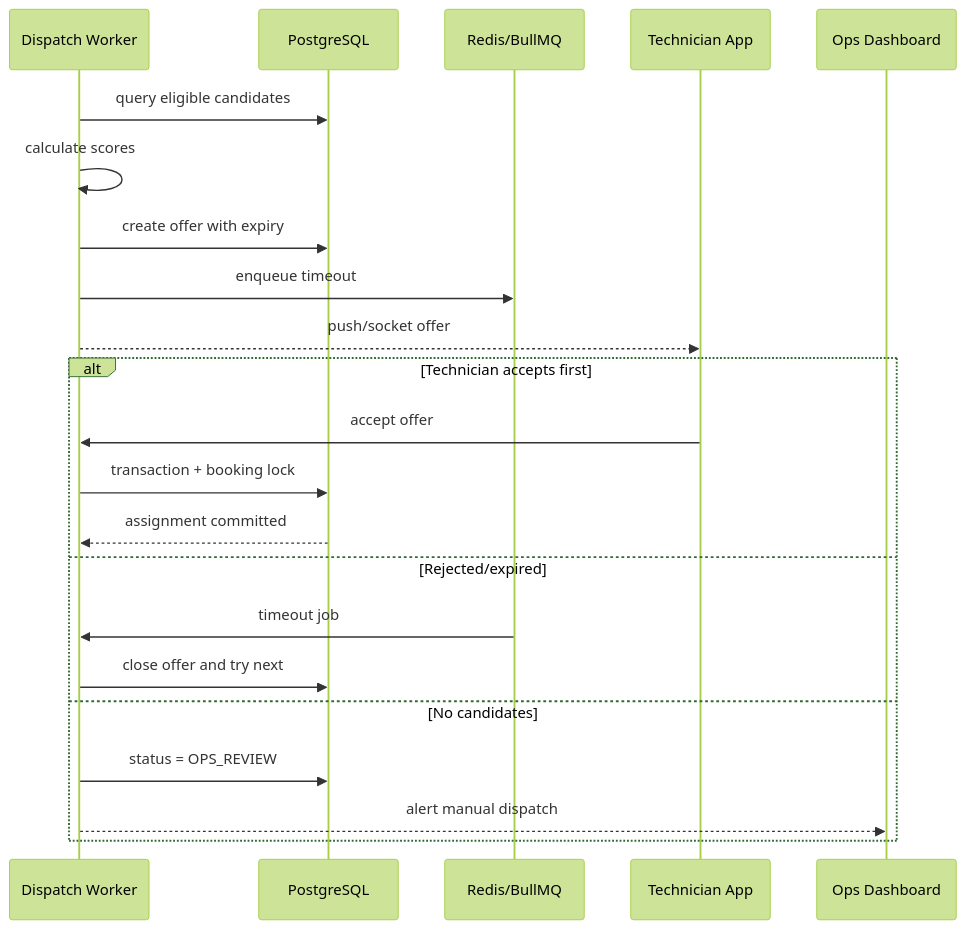
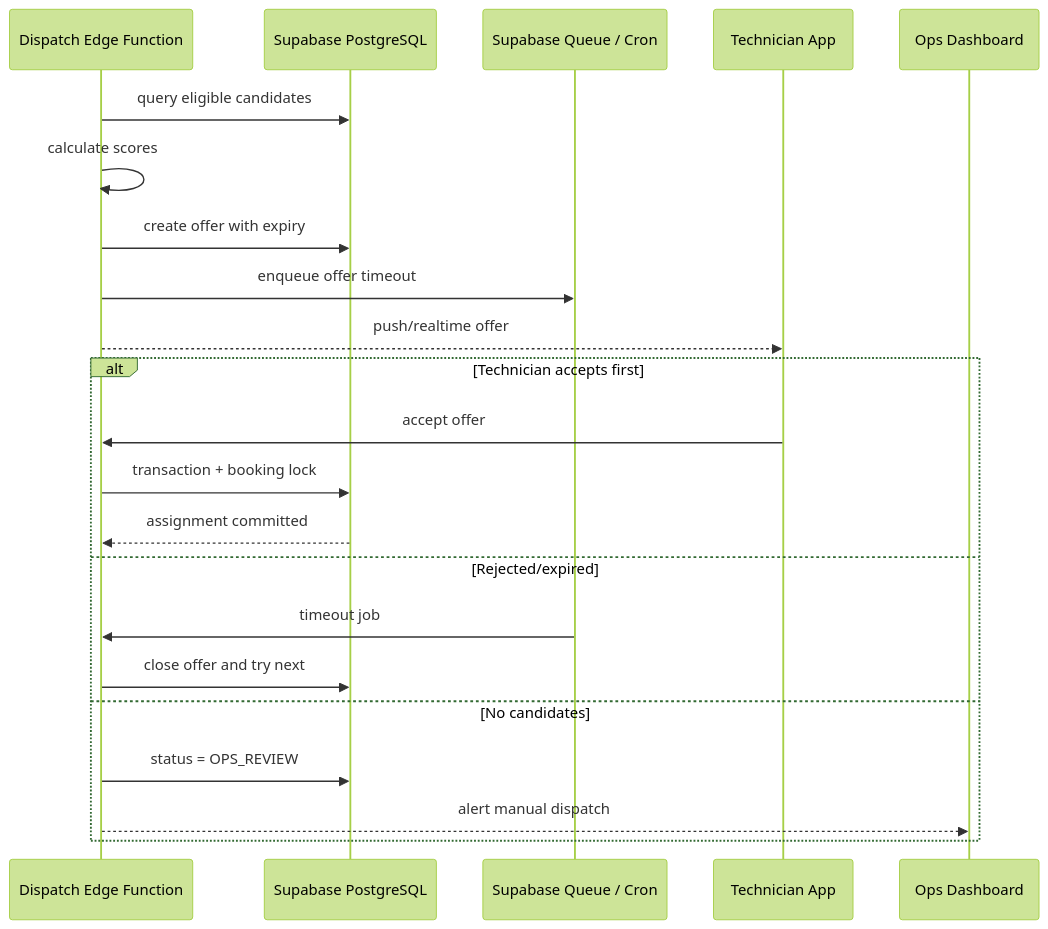
Before and after one commit to YoussefShawky0/bariq: the tenth of 14 diagrams in docs/BARIQ-ENGINEERING-PLAN.md, drawn with Mermaid (forest theme). The commit also changed other lines of this file and 46 other files, not shown here.

````diff
--- a/docs/BARIQ-ENGINEERING-PLAN.md
+++ b/docs/BARIQ-ENGINEERING-PLAN.md
@@ -643,25 +629,25 @@
 ```mermaid
 sequenceDiagram
-    participant D as Dispatch Worker
-    participant DB as PostgreSQL
-    participant R as Redis/BullMQ
+    participant D as Dispatch Edge Function
+    participant DB as Supabase PostgreSQL
+    participant Q as Supabase Queue / Cron
     participant T as Technician App
     participant O as Ops Dashboard
 
     D->>DB: query eligible candidates
     D->>D: calculate scores
     D->>DB: create offer with expiry
-    D->>R: enqueue timeout
-    D-->>T: push/socket offer
+    D->>Q: enqueue offer timeout
+    D-->>T: push/realtime offer
     alt Technician accepts first
         T->>D: accept offer
         D->>DB: transaction + booking lock
         DB-->>D: assignment committed
     else Rejected/expired
-        R->>D: timeout job
+        Q->>D: timeout job
         D->>DB: close offer and try next
     else No candidates
         D->>DB: status = OPS_REVIEW
         D-->>O: alert manual dispatch
     end
 ```
````
